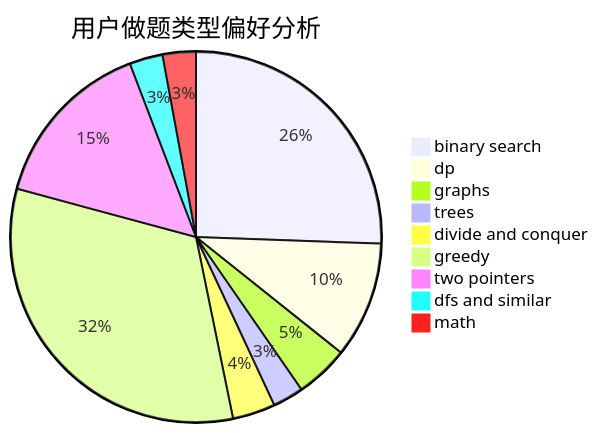
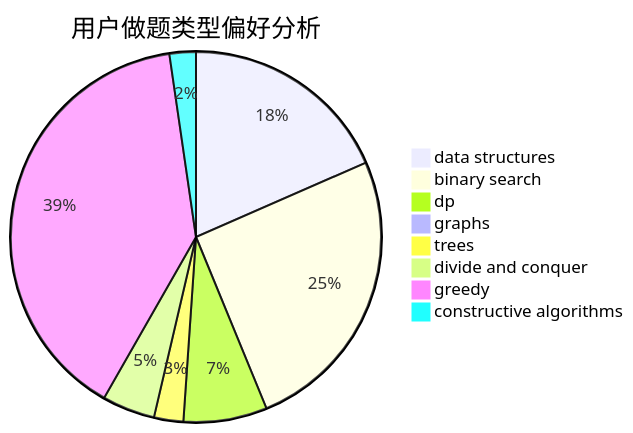
One commit to sherpahu/cfrs.github.io changed the second of 3 diagrams in docs/user/u286.md. Above: the diagram before and after it, drawn with Mermaid. The commit also changed other lines of this file and 2775 other files, not shown here.

````diff
--- a/docs/user/u286.md
+++ b/docs/user/u286.md
@@ -23,12 +23,11 @@
 ```mermaid
 pie title 用户做题类型偏好分析
-    "binary search" :  247
-    "dp" :  98
-    "graphs" :  45
-    "trees" :  26
+    "data structures" :  144
+    "binary search" :  198
+    "dp" :  57
+    "graphs" :  3
+    "trees" :  20
     "divide and conquer" :  36
-    "greedy" :  313
-    "two pointers" :  145
-    "dfs and similar" :  28
-    "math" :  28
+    "greedy" :  308
+    "constructive algorithms" :  18
 ```
````
